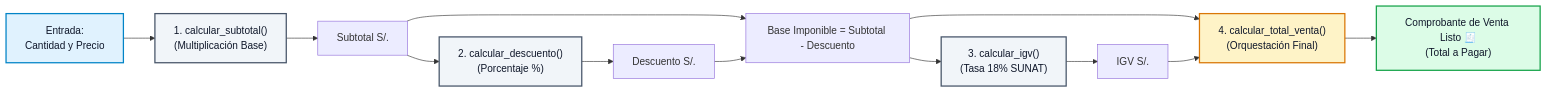
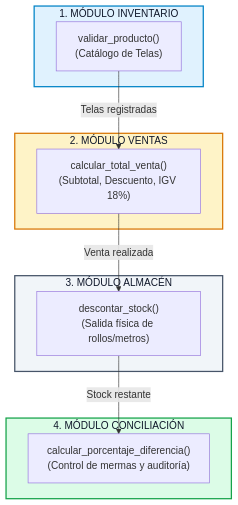
The second of 6 diagrams in pruebasUnitarias.md (AlvaroJesusC/web-textil), drawn with Mermaid before and after one commit. The commit also changed other lines of this file and 1 other file, not shown here.

````diff
--- a/pruebasUnitarias.md
+++ b/pruebasUnitarias.md
@@ -32,19 +35,27 @@
 ```mermaid
-flowchart LR
-    A["Entrada:\nCantidad y Precio"] --> B["1. calcular_subtotal()\n(Multiplicación Base)"]
-    B --> C["Subtotal S/."]
-    C --> D["2. calcular_descuento()\n(Porcentaje %)"]
-    D --> E["Descuento S/."]
-    C & E --> F["Base Imponible = Subtotal - Descuento"]
-    F --> G["3. calcular_igv()\n(Tasa 18% SUNAT)"]
-    G --> H["IGV S/."]
-    F & H --> I["4. calcular_total_venta()\n(Orquestación Final)"]
-    I --> J["Comprobante de Venta Listo 🧾\n(Total a Pagar)"]
+flowchart TD
+    subgraph M1["1. MÓDULO INVENTARIO"]
+        F1["validar_producto()\n(Catálogo de Telas)"]
+    end
 
-    style A fill:#e0f2fe,stroke:#0284c7,stroke-width:2px,color:#0f172a
-    style B fill:#f1f5f9,stroke:#475569,stroke-width:2px,color:#0f172a
-    style D fill:#f1f5f9,stroke:#475569,stroke-width:2px,color:#0f172a
-    style G fill:#f1f5f9,stroke:#475569,stroke-width:2px,color:#0f172a
-    style I fill:#fef3c7,stroke:#d97706,stroke-width:2px,color:#0f172a
-    style J fill:#dcfce7,stroke:#16a34a,stroke-width:2px,color:#0f172a
+    subgraph M2["2. MÓDULO VENTAS"]
+        F2["calcular_total_venta()\n(Subtotal, Descuento, IGV 18%)"]
+    end
+
+    subgraph M3["3. MÓDULO ALMACÉN"]
+        F3["descontar_stock()\n(Salida física de rollos/metros)"]
+    end
+
+    subgraph M4["4. MÓDULO CONCILIACIÓN"]
+        F4["calcular_porcentaje_diferencia()\n(Control de mermas y auditoría)"]
+    end
+
+    F1 -->|Telas registradas| F2
+    F2 -->|Venta realizada| F3
+    F3 -->|Stock restante| F4
+
+    style M1 fill:#e0f2fe,stroke:#0284c7,stroke-width:2px,color:#0f172a
+    style M2 fill:#fef3c7,stroke:#d97706,stroke-width:2px,color:#0f172a
+    style M3 fill:#f1f5f9,stroke:#475569,stroke-width:2px,color:#0f172a
+    style M4 fill:#dcfce7,stroke:#16a34a,stroke-width:2px,color:#0f172a
 ```
````
